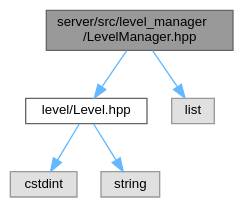
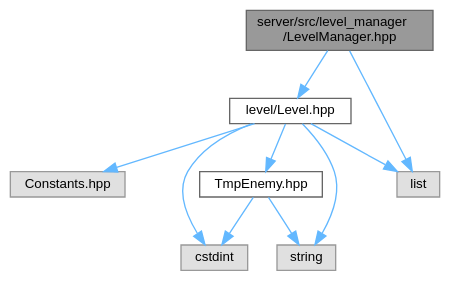
One commit to Houpsi/R-Type changed the diagram in LevelManager_8hpp__incl.dot. Above: the diagram before and after it, drawn with Graphviz. The commit also changed 279 other files, not shown here.

```diff
--- a/LevelManager_8hpp__incl.dot
+++ b/LevelManager_8hpp__incl.dot
@@ -1,16 +1,23 @@
 digraph "server/src/level_manager/LevelManager.hpp"
 {
  // LATEX_PDF_SIZE
   bgcolor="transparent";
   edge [fontname=Helvetica,fontsize=10,labelfontname=Helvetica,labelfontsize=10];
   node [fontname=Helvetica,fontsize=10,shape=box,height=0.2,width=0.4];
   Node1 [id="Node000001",label="server/src/level_manager\l/LevelManager.hpp",height=0.2,width=0.4,color="gray40", fillcolor="grey60", style="filled", fontcolor="black",tooltip=" "];
   Node1 -> Node2 [id="edge1_Node000001_Node000002",color="steelblue1",style="solid",tooltip=" "];
   Node2 [id="Node000002",label="level/Level.hpp",height=0.2,width=0.4,color="grey40", fillcolor="white", style="filled",URL="$Level_8hpp.html",tooltip=" "];
   Node2 -> Node3 [id="edge2_Node000002_Node000003",color="steelblue1",style="solid",tooltip=" "];
-  Node3 [id="Node000003",label="cstdint",height=0.2,width=0.4,color="grey60", fillcolor="#E0E0E0", style="filled",tooltip=" "];
+  Node3 [id="Node000003",label="Constants.hpp",height=0.2,width=0.4,color="grey60", fillcolor="#E0E0E0", style="filled",tooltip=" "];
   Node2 -> Node4 [id="edge3_Node000002_Node000004",color="steelblue1",style="solid",tooltip=" "];
-  Node4 [id="Node000004",label="string",height=0.2,width=0.4,color="grey60", fillcolor="#E0E0E0", style="filled",tooltip=" "];
-  Node1 -> Node5 [id="edge4_Node000001_Node000005",color="steelblue1",style="solid",tooltip=" "];
+  Node4 [id="Node000004",label="cstdint",height=0.2,width=0.4,color="grey60", fillcolor="#E0E0E0", style="filled",tooltip=" "];
+  Node2 -> Node5 [id="edge4_Node000002_Node000005",color="steelblue1",style="solid",tooltip=" "];
   Node5 [id="Node000005",label="list",height=0.2,width=0.4,color="grey60", fillcolor="#E0E0E0", style="filled",tooltip=" "];
+  Node2 -> Node6 [id="edge5_Node000002_Node000006",color="steelblue1",style="solid",tooltip=" "];
+  Node6 [id="Node000006",label="string",height=0.2,width=0.4,color="grey60", fillcolor="#E0E0E0", style="filled",tooltip=" "];
+  Node2 -> Node7 [id="edge6_Node000002_Node000007",color="steelblue1",style="solid",tooltip=" "];
+  Node7 [id="Node000007",label="TmpEnemy.hpp",height=0.2,width=0.4,color="grey40", fillcolor="white", style="filled",URL="$TmpEnemy_8hpp.html",tooltip=" "];
+  Node7 -> Node4 [id="edge7_Node000007_Node000004",color="steelblue1",style="solid",tooltip=" "];
+  Node7 -> Node6 [id="edge8_Node000007_Node000006",color="steelblue1",style="solid",tooltip=" "];
+  Node1 -> Node5 [id="edge9_Node000001_Node000005",color="steelblue1",style="solid",tooltip=" "];
 }
```
